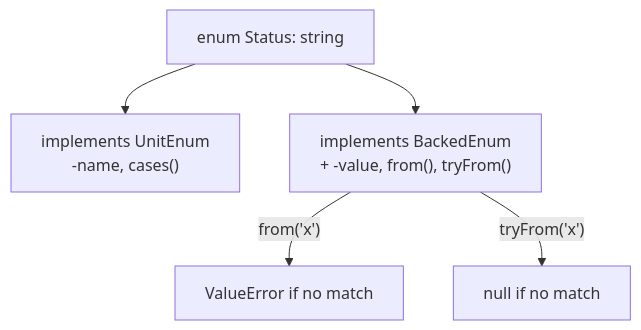
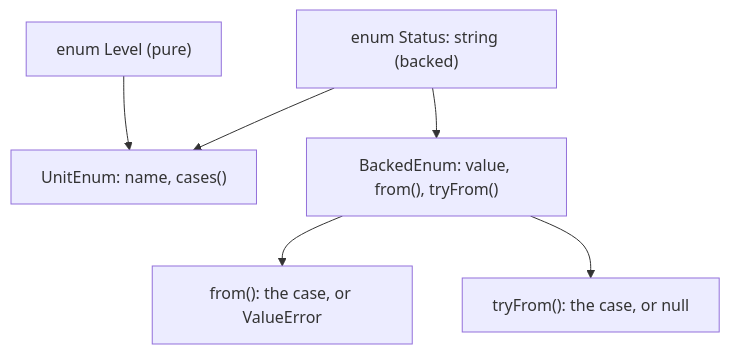
The first of 2 diagrams in docs/php-web-security/enums.md (jasseryah-mazars/Sf-8.0), drawn with Mermaid before and after one commit. The commit also changed other lines of this file and 8 other files, not shown here.

````diff
--- a/docs/php-web-security/enums.md
+++ b/docs/php-web-security/enums.md
@@ -129,7 +173,8 @@
 ```mermaid
 flowchart TD
-    E["enum Status: string"] --> U["implements UnitEnum<br/>-name, cases()"]
-    E --> B["implements BackedEnum<br/>+ -value, from(), tryFrom()"]
-    B -->|"from('x')"| T["ValueError if no match"]
-    B -->|"tryFrom('x')"| N["null if no match"]
+    P["enum Level (pure)"] --> U["UnitEnum: name, cases()"]
+    B["enum Status: string (backed)"] --> U
+    B --> K["BackedEnum: value, from(), tryFrom()"]
+    K --> F["from(): the case, or ValueError"]
+    K --> T["tryFrom(): the case, or null"]
 ```
````
